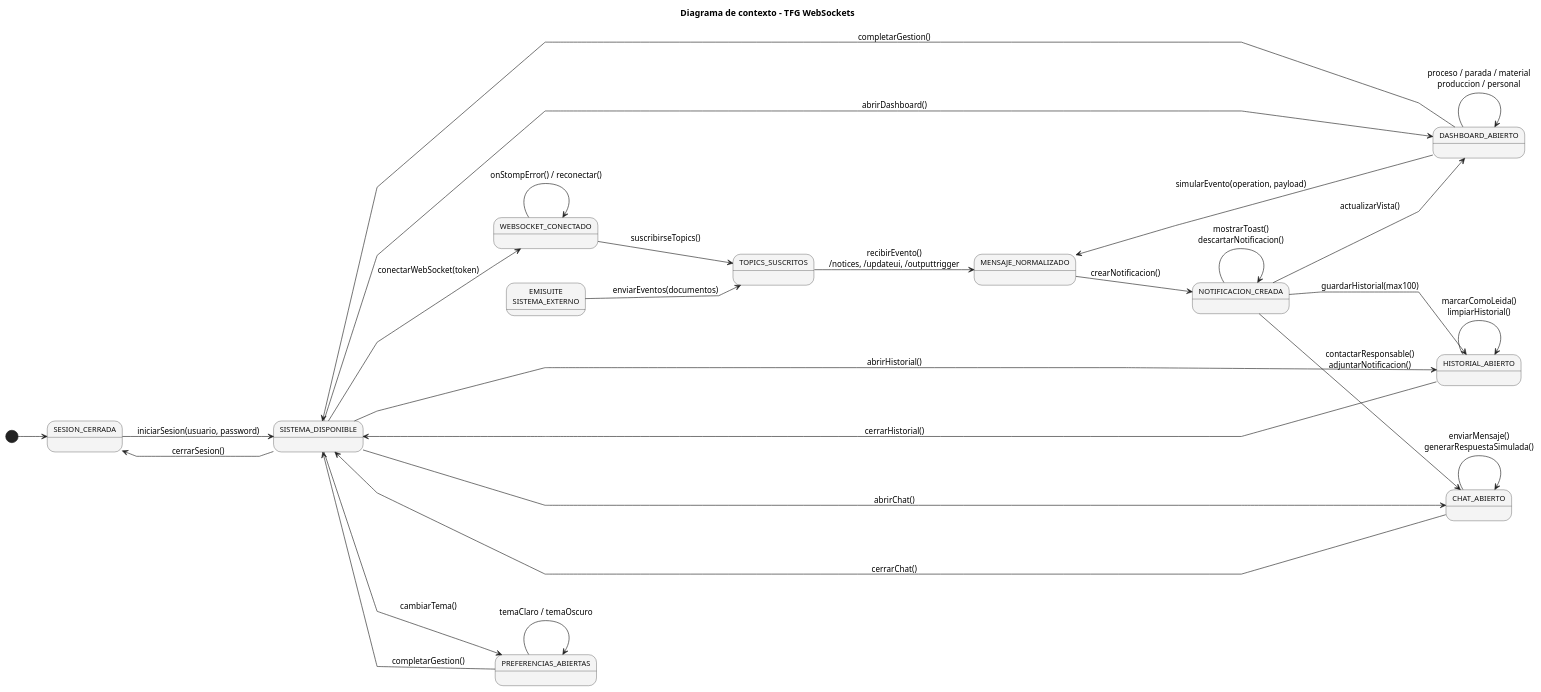
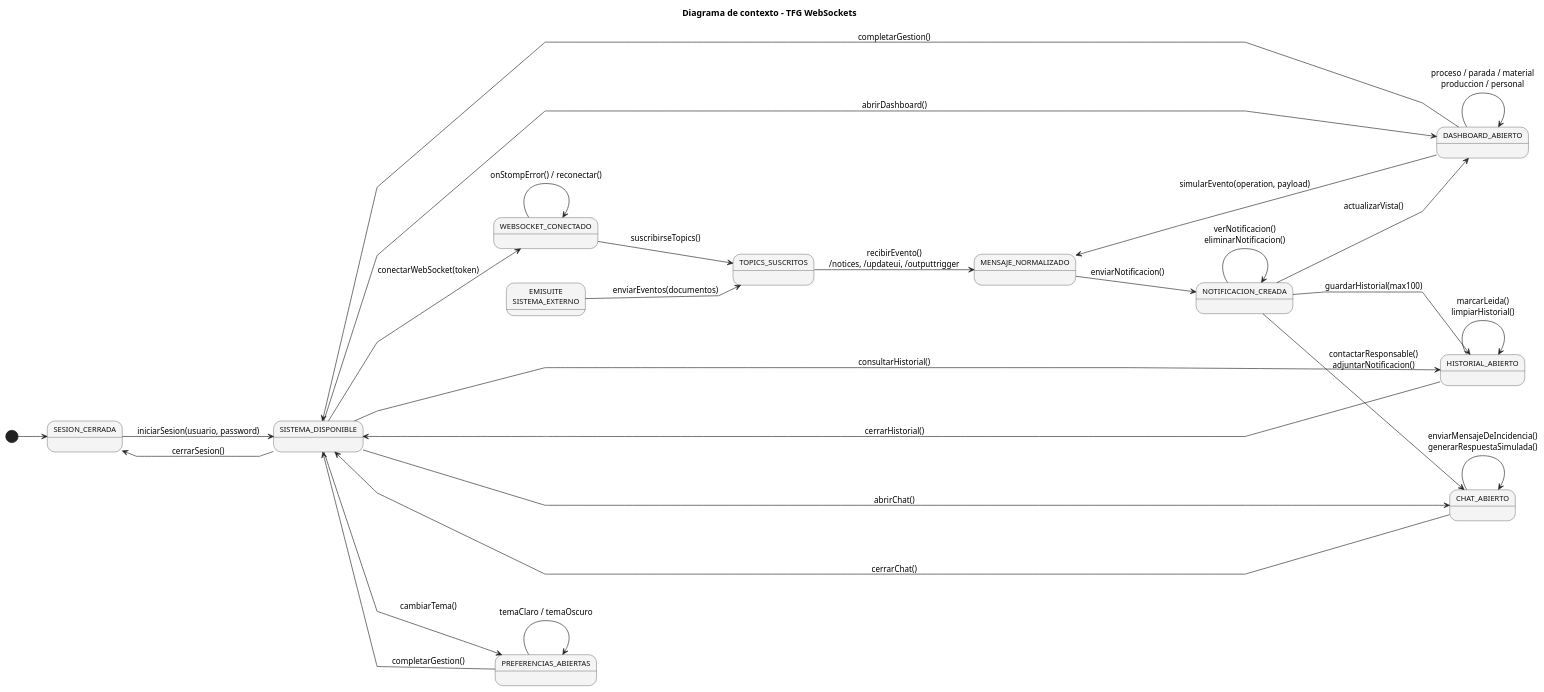
Before and after one commit to RaulPlayo/TFG-RaulPelayoParaja: the diagram in codigoFuente/diagramaDeContextoSimple.puml, drawn with PlantUML. The commit also changed other lines of this file and 3 other files, not shown here.

```diff
--- a/codigoFuente/diagramaDeContextoSimple.puml
+++ b/codigoFuente/diagramaDeContextoSimple.puml
@@ -1,66 +1,66 @@
 @startuml diagrama-contexto-tfg-websockets
 
 title Diagrama de contexto - TFG WebSockets
 
 left to right direction
 skinparam linetype polyline
 skinparam nodesep 55
 skinparam ranksep 45
 
 skinparam backgroundColor white
 skinparam shadowing false
 skinparam ArrowColor #222222
 skinparam StateBorderColor #222222
 skinparam StateBackgroundColor #F4F4F4
 skinparam StateFontColor #111111
 skinparam StateFontSize 12
 skinparam defaultFontName Arial
 
 state "SESION_CERRADA" as NoAuth
 state "SISTEMA_DISPONIBLE" as Menu
 state "EMISUITE\nSISTEMA_EXTERNO" as EmiSuite
 state "WEBSOCKET_CONECTADO" as WebSocket
 state "TOPICS_SUSCRITOS" as Topics
 state "MENSAJE_NORMALIZADO" as Message
 state "DASHBOARD_ABIERTO" as Dashboard
 state "NOTIFICACION_CREADA" as Notification
 state "HISTORIAL_ABIERTO" as History
 state "CHAT_ABIERTO" as Chat
 state "PREFERENCIAS_ABIERTAS" as Preferences
 
 [*] --> NoAuth
 
 NoAuth --> Menu : iniciarSesion(usuario, password)
 Menu --> NoAuth : cerrarSesion()
 
 Menu --> WebSocket : conectarWebSocket(token)
 WebSocket --> WebSocket : onStompError() / reconectar()
 WebSocket --> Topics : suscribirseTopics()
 EmiSuite --> Topics : enviarEventos(documentos)
 
 Topics --> Message : recibirEvento()\n/notices, /updateui, /outputtrigger
 Dashboard --> Message : simularEvento(operation, payload)
-Message --> Notification : crearNotificacion()
+Message --> Notification : enviarNotificacion()
 
 Menu --> Dashboard : abrirDashboard()
 Dashboard --> Dashboard : proceso / parada / material\nproduccion / personal
 Dashboard --> Menu : completarGestion()
 
 Notification --> Dashboard : actualizarVista()
-Notification --> Notification : mostrarToast()\ndescartarNotificacion()
+Notification --> Notification : verNotificacion()\neliminarNotificacion()
 Notification --> History : guardarHistorial(max100)
 Notification --> Chat : contactarResponsable()\nadjuntarNotificacion()
 
-Menu --> History : abrirHistorial()
-History --> History : marcarComoLeida()\nlimpiarHistorial()
+Menu --> History : consultarHistorial()
+History --> History : marcarLeida()\nlimpiarHistorial()
 History --> Menu : cerrarHistorial()
 
 Menu --> Chat : abrirChat()
-Chat --> Chat : enviarMensaje()\ngenerarRespuestaSimulada()
+Chat --> Chat : enviarMensajeDeIncidencia()\ngenerarRespuestaSimulada()
 Chat --> Menu : cerrarChat()
 
 Menu --> Preferences : cambiarTema()
 Preferences --> Preferences : temaClaro / temaOscuro
 Preferences --> Menu : completarGestion()
 
 @enduml
```
